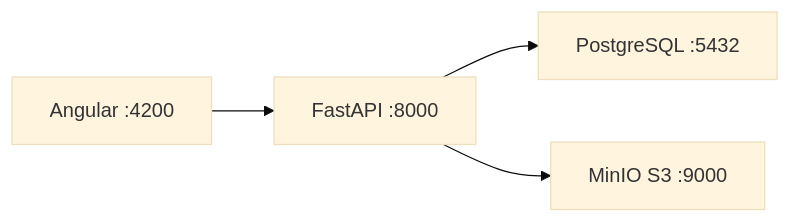
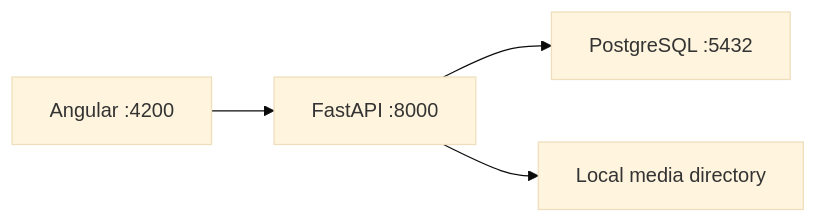
One commit to dross73/real_estate_project changed the fifth of 6 diagrams in docs/architecture.md. Above: the diagram before and after it, drawn with Mermaid (base theme). The commit also changed other lines of this file and 20 other files, not shown here.

````diff
--- a/docs/architecture.md
+++ b/docs/architecture.md
@@ -215,6 +216,6 @@
 ```mermaid
 flowchart LR
     Angular["Angular :4200"] --> API["FastAPI :8000"]
     API --> Postgres["PostgreSQL :5432"]
-    API --> MinIO["MinIO S3 :9000"]
+    API --> LocalMedia["Local media directory"]
 ```
````
